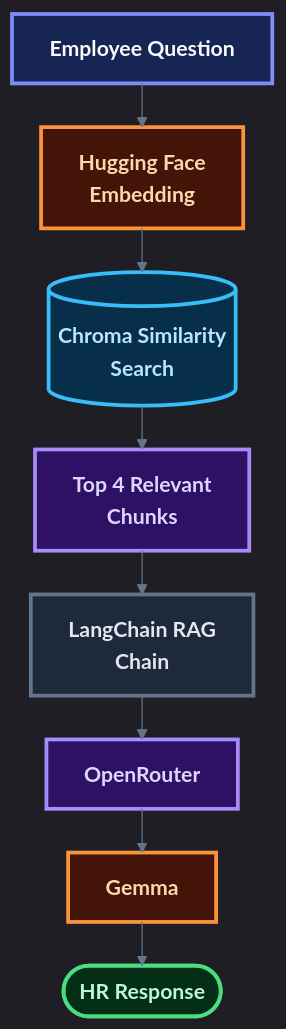
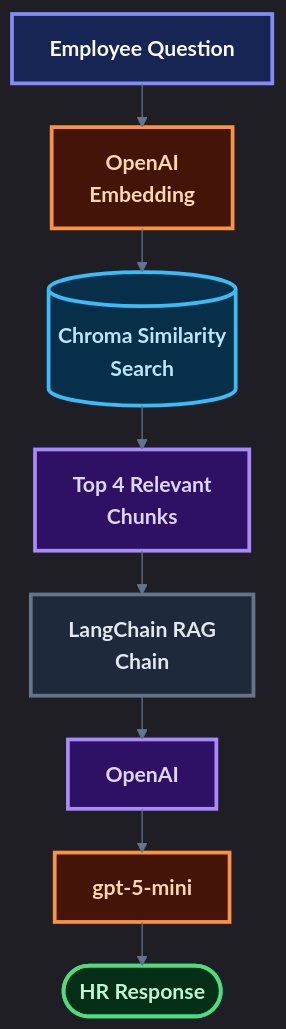
The sixth of 6 diagrams in README.MD (Alex-is-Gonzalez/Daisy_Health), drawn with Mermaid before and after one commit. The commit also changed other lines of this file and 18 other files, not shown here.

````diff
--- a/README.MD
+++ b/README.MD
@@ -652,39 +651,39 @@
 ```mermaid
 ---
 config:
   layout: elk
   theme: dark
   themeVariables:
     background: "#0b1120"
     primaryTextColor: "#f8fafc"
     lineColor: "#64748b"
     fontFamily: "Inter, ui-sans-serif, system-ui, sans-serif"
     fontSize: "17px"
 ---
 flowchart TB
-    A["Employee Question"] --> B["Hugging Face<br/>Embedding"]
+    A["Employee Question"] --> B["OpenAI<br/>Embedding"]
     B --> C[("Chroma Similarity<br/>Search")]
     C --> D["Top 4 Relevant<br/>Chunks"]
     D --> E["LangChain RAG<br/>Chain"]
-    E --> F["OpenRouter"]
-    F --> G["Gemma"]
+    E --> F["OpenAI"]
+    F --> G["gpt-5-mini"]
     G --> H(["HR Response"])
 
     class A input
     class B embedding
     class C storage
     class D context
     class E pipeline
     class F gateway
     class G model
     class H output
 
     classDef input fill:#172554,stroke:#818cf8,color:#f8fafc,stroke-width:3px,font-weight:bold
     classDef embedding fill:#431407,stroke:#fb923c,color:#fed7aa,stroke-width:3px,font-weight:bold
     classDef storage fill:#082f49,stroke:#38bdf8,color:#bae6fd,stroke-width:3px,font-weight:bold
     classDef context fill:#2e1065,stroke:#a78bfa,color:#ddd6fe,stroke-width:3px,font-weight:bold
     classDef pipeline fill:#1e293b,stroke:#64748b,color:#e2e8f0,stroke-width:3px,font-weight:bold
     classDef gateway fill:#2e1065,stroke:#a78bfa,color:#ddd6fe,stroke-width:3px,font-weight:bold
     classDef model fill:#431407,stroke:#fb923c,color:#fed7aa,stroke-width:3px,font-weight:bold
     classDef output fill:#052e16,stroke:#4ade80,color:#bbf7d0,stroke-width:3px,font-weight:bold
 ```
````
